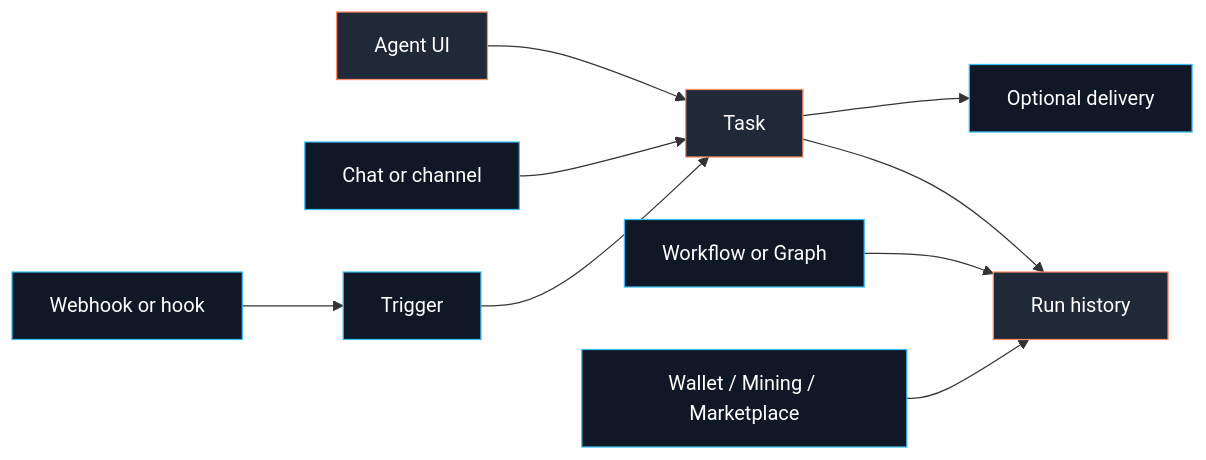
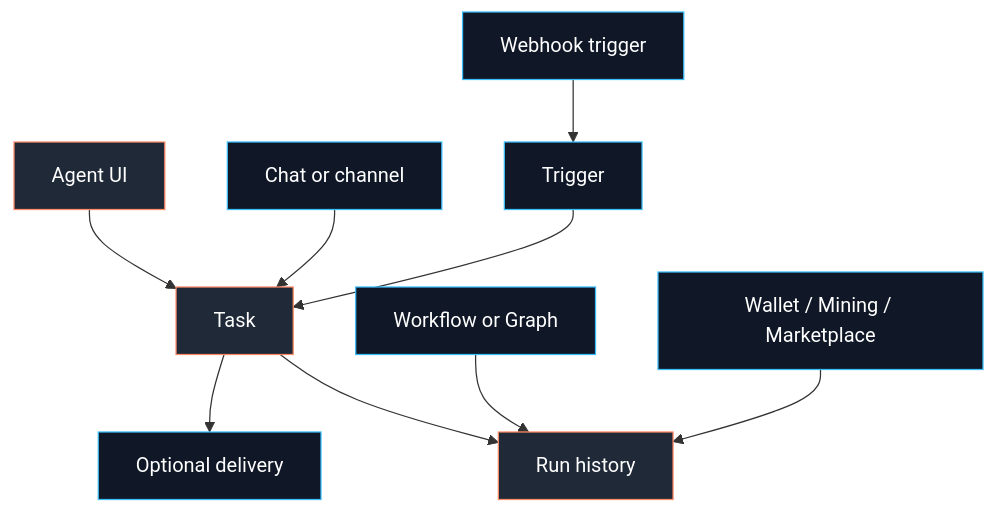
The diagram in docs/automation/index.md (fased-ai/fased), drawn with Mermaid before and after one commit. The commit also changed other lines of this file and 264 other files, not shown here.

````diff
--- a/docs/automation/index.md
+++ b/docs/automation/index.md
@@ -17,16 +17,16 @@
 ```mermaid
-flowchart LR
-  UI[Agent UI] --> Task[Task]
-  Chat[Chat or channel] --> Task
-  Hook[Webhook or hook] --> Trigger[Trigger]
+flowchart TD
+  UI["Agent UI"] --> Task["Task"]
+  Chat["Chat or channel"] --> Task
+  Webhook["Webhook trigger"] --> Trigger["Trigger"]
   Trigger --> Task
-  Task --> Run[Run history]
-  Task --> Channel[Optional delivery]
-  Workflow[Workflow or Graph] --> Run
-  Domain[Wallet / Mining / Marketplace] --> Run
+  Task --> Run["Run history"]
+  Task --> Channel["Optional delivery"]
+  Workflow["Workflow or Graph"] --> Run
+  Domain["Wallet / Mining / Marketplace"] --> Run
 
   classDef primary fill:#1f2937,stroke:#ff8a65,color:#ffffff
   classDef secondary fill:#101827,stroke:#38bdf8,color:#ffffff
   class UI,Task,Run primary
-  class Chat,Hook,Trigger,Channel,Workflow,Domain secondary
+  class Chat,Webhook,Trigger,Channel,Workflow,Domain secondary
 ```
````
